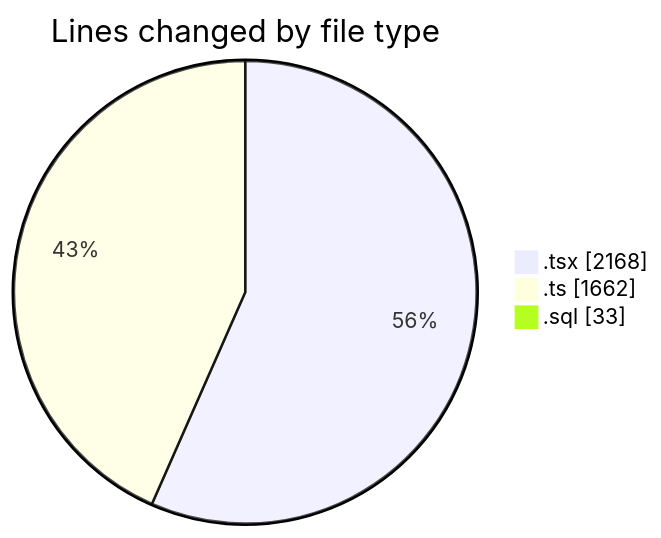
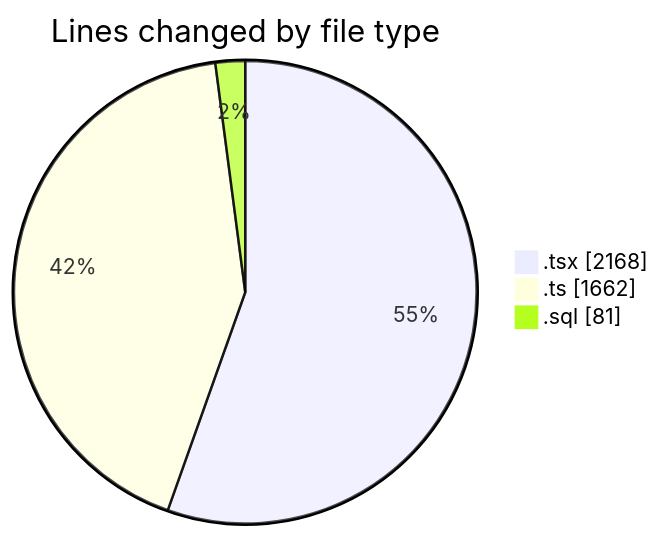
The first of 2 diagrams in 2025-09-05/hiai-phf/README.md (lephambinh05/code-tracking), drawn with Mermaid before and after one commit. The commit also changed other lines of this file and 1 other file, not shown here.

````diff
--- a/2025-09-05/hiai-phf/README.md
+++ b/2025-09-05/hiai-phf/README.md
@@ -55,7 +56,7 @@
 ```mermaid
 pie showData
 title Lines changed by file type
 ".tsx" : 2168
 ".ts" : 1662
-".sql" : 33
+".sql" : 81
 ```
````
